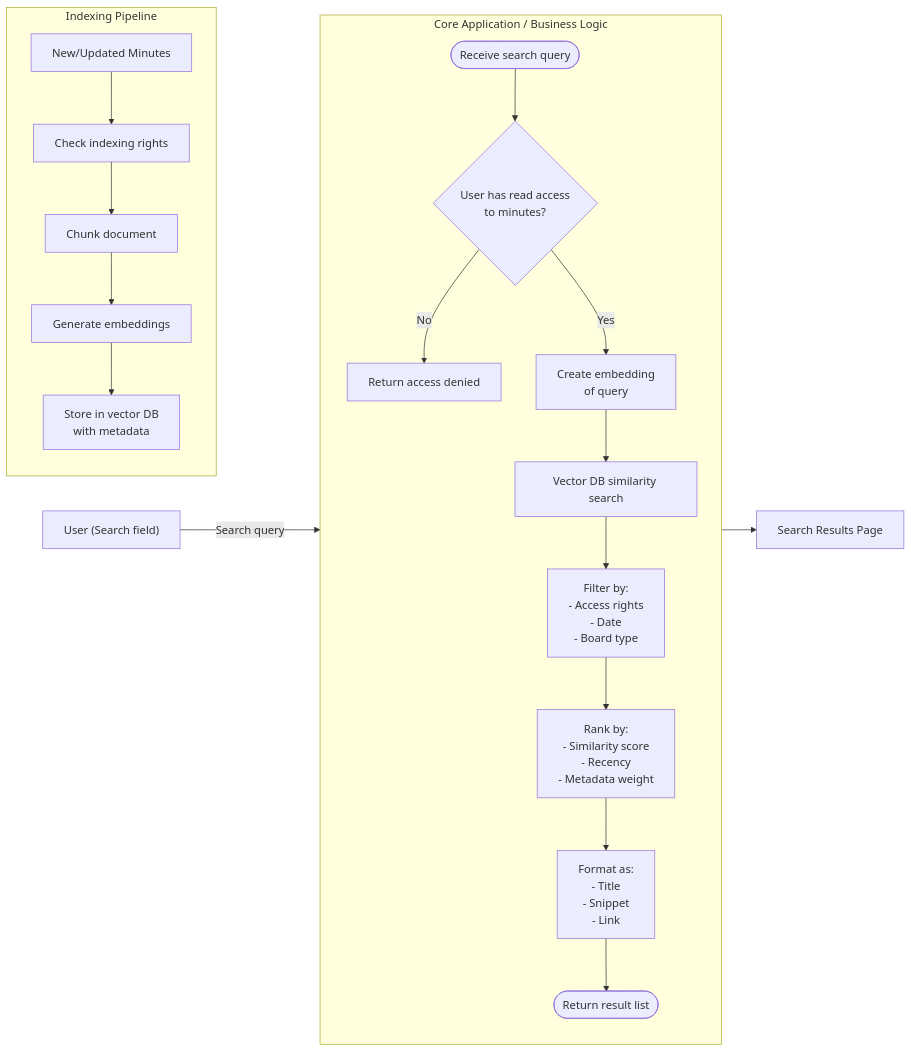
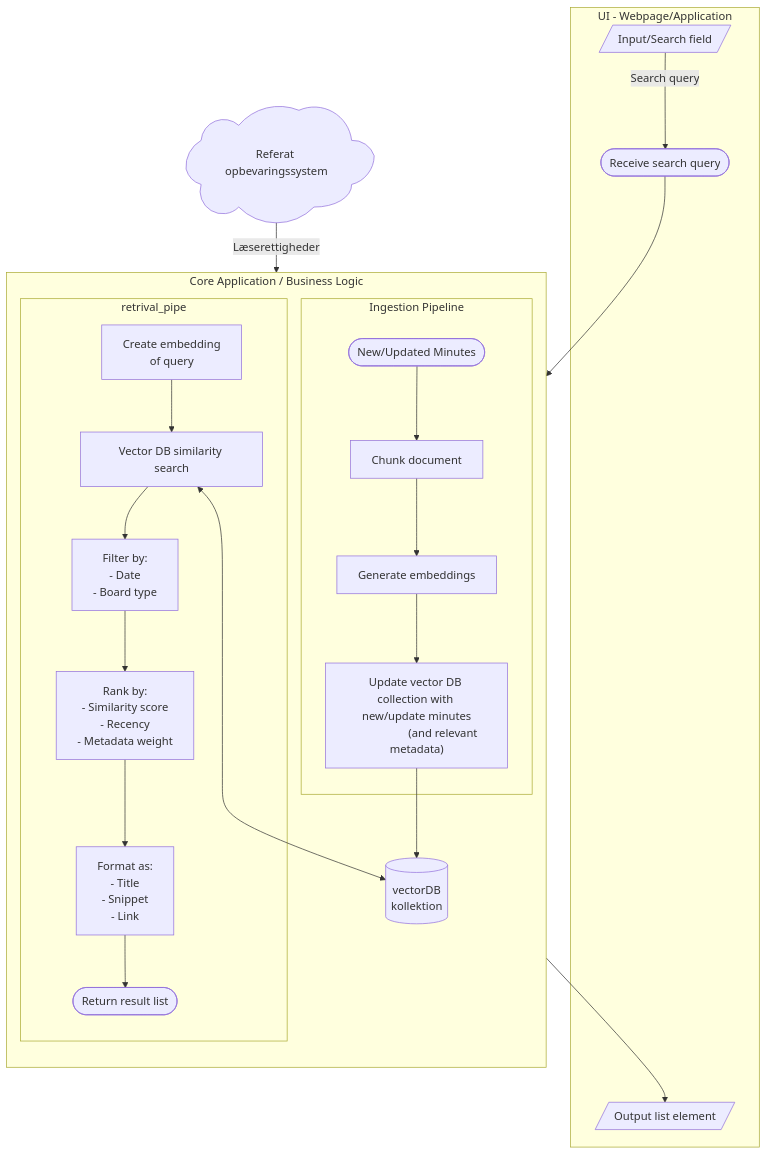
Before and after one commit to OS2sandbox/public-genai-governance: the diagram in docs/minimumskrav/AI_loesningseksempler/soegning.md, drawn with Mermaid.

Commit message:
Update search result example

````diff
--- a/docs/minimumskrav/AI_loesningseksempler/soegning.md
+++ b/docs/minimumskrav/AI_loesningseksempler/soegning.md
@@ -7,58 +7,67 @@
 ```mermaid
-flowchart LR
+flowchart TD
+    
+    subgraph UI["UI - Webpage/Application"]
+        user@{ shape: in-out, label: "Input/Search field"} -->|Search query| start
+        
+        results@{ shape: in-out, label: "Output list element"}
+    end
 
-    user["User (Search field)"] -->|Search query| core
+    system@{ shape: cloud, label: "Referat opbevaringssystem"}
 
     subgraph core["Core Application / Business Logic"]
+        direction TB
+        
+        vdb@{ shape: db, label: "vectorDB\n kollektion"}
+        %% Re-indexing flow
+        subgraph ingest["Ingestion Pipeline"]
+    
+            minutes(["New/Updated Minutes"])
+            chunk["Chunk document"]
+            embed2["Generate embeddings"]
+            store["Update vector DB collection with new/update minutes
+                   (and relevant metadata)"]
+    
+            minutes --> chunk --> embed2 --> store
+        end
+        
+        store --> vdb
+        
+        subgraph retrival_pipe 
+            
+            start([Receive search query])
+    
+            embed["Create embedding
+                   of query"]
+    
+            search["Vector DB similarity search"]
+    
+            filter["Filter by:
+                    - Date
+                    - Board type"]
+    
+            rank["Rank by:
+                  - Similarity score
+                  - Recency
+                  - Metadata weight"]
+    
+            format["Format as:
+                    - Title
+                    - Snippet
+                    - Link"]
+    
+            return([Return result list])
+    
+            start --> embed --> search --> filter --> rank --> format --> return
+            
+        end
+        
+        search <--> vdb
+        
+    end
+    system -->|Læserettigheder| minutes
+    
+    return --> results
 
-        direction TB
-
-        start([Receive search query])
-
-        auth{"User has read access
-              to minutes?"}
-
-        deny["Return access denied"]
-
-        embed["Create embedding
-               of query"]
-
-        search["Vector DB similarity search"]
-
-        filter["Filter by:
-                - Access rights
-                - Date
-                - Board type"]
-
-        rank["Rank by:
-              - Similarity score
-              - Recency
-              - Metadata weight"]
-
-        format["Format as:
-                - Title
-                - Snippet
-                - Link"]
-
-        return([Return result list])
-
-        start --> auth
-        auth -- No --> deny
-        auth -- Yes --> embed --> search --> filter --> rank --> format --> return
-    end
-
-    return --> results["Search Results Page"]
-
-    %% Re-indexing flow
-    subgraph reindex["Indexing Pipeline"]
-
-        minutes["New/Updated Minutes"]
-        checkAccess["Check indexing rights"]
-        chunk["Chunk document"]
-        embed2["Generate embeddings"]
-        store["Store in vector DB
-               with metadata"]
-
-        minutes --> checkAccess --> chunk --> embed2 --> store
-    end
+    
 ```
````
